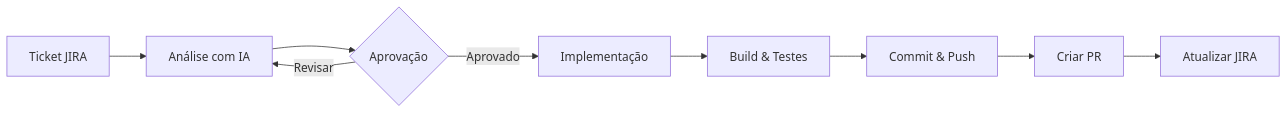
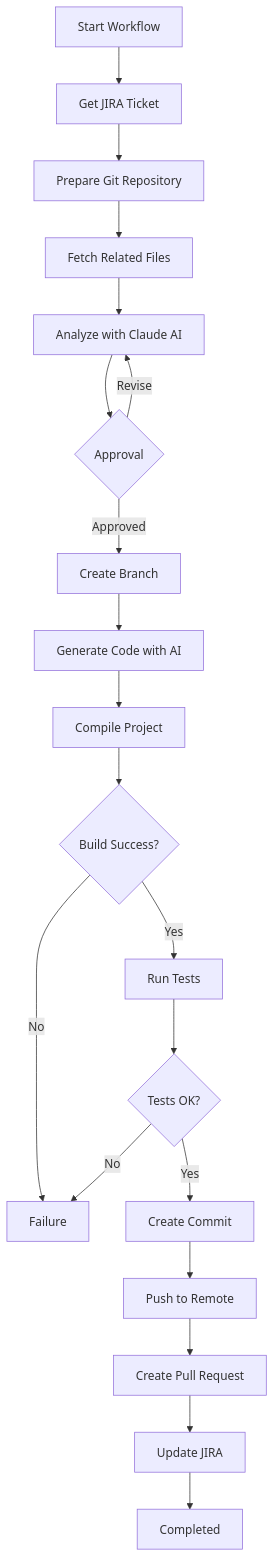
Before and after one commit to vitorcastro78/SelfCodeSupport: the diagram in README.md, drawn with Mermaid. The commit also changed other lines of this file, not shown here.

````diff
--- a/README.md
+++ b/README.md
@@ -35,11 +445,22 @@
 ```mermaid
-graph LR
-    A[Ticket JIRA] --> B[Análise com IA]
-    B --> C{Aprovação}
-    C -->|Aprovado| D[Implementação]
-    C -->|Revisar| B
-    D --> E[Build & Testes]
-    E --> F[Commit & Push]
-    F --> G[Criar PR]
-    G --> H[Atualizar JIRA]
+graph TD
+    A[Start Workflow] --> B[Get JIRA Ticket]
+    B --> C[Prepare Git Repository]
+    C --> D[Fetch Related Files]
+    D --> E[Analyze with Claude AI]
+    E --> F{Approval}
+    F -->|Approved| G[Create Branch]
+    F -->|Revise| E
+    G --> H[Generate Code with AI]
+    H --> I[Compile Project]
+    I --> J{Build Success?}
+    J -->|No| K[Failure]
+    J -->|Yes| L[Run Tests]
+    L --> M{Tests OK?}
+    M -->|No| K
+    M -->|Yes| N[Create Commit]
+    N --> O[Push to Remote]
+    O --> P[Create Pull Request]
+    P --> Q[Update JIRA]
+    Q --> R[Completed]
 ```
````
